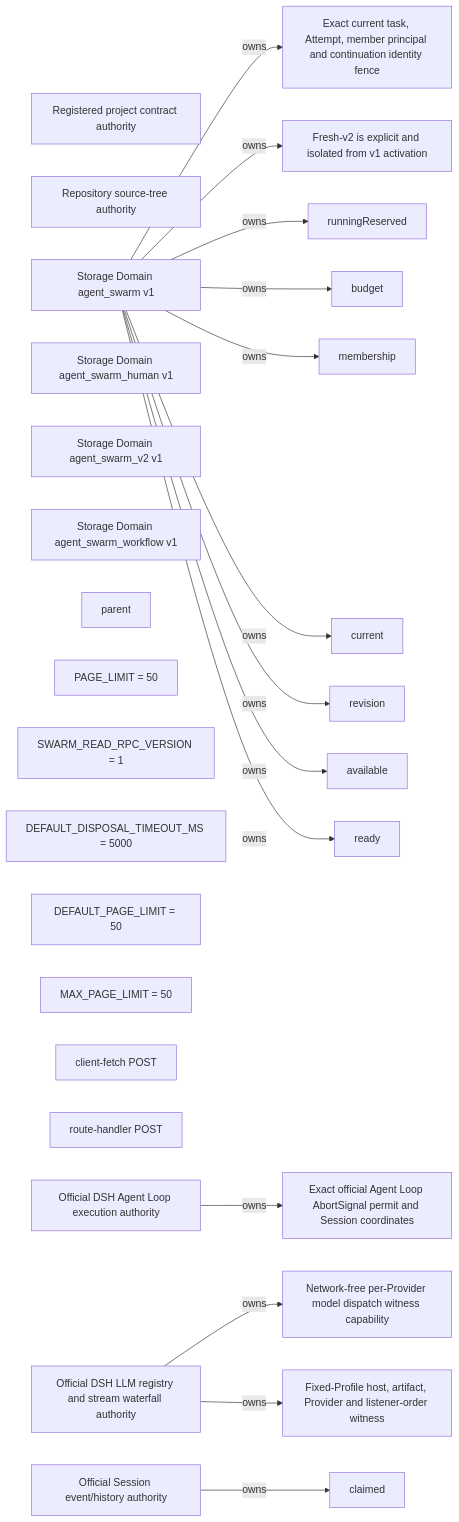
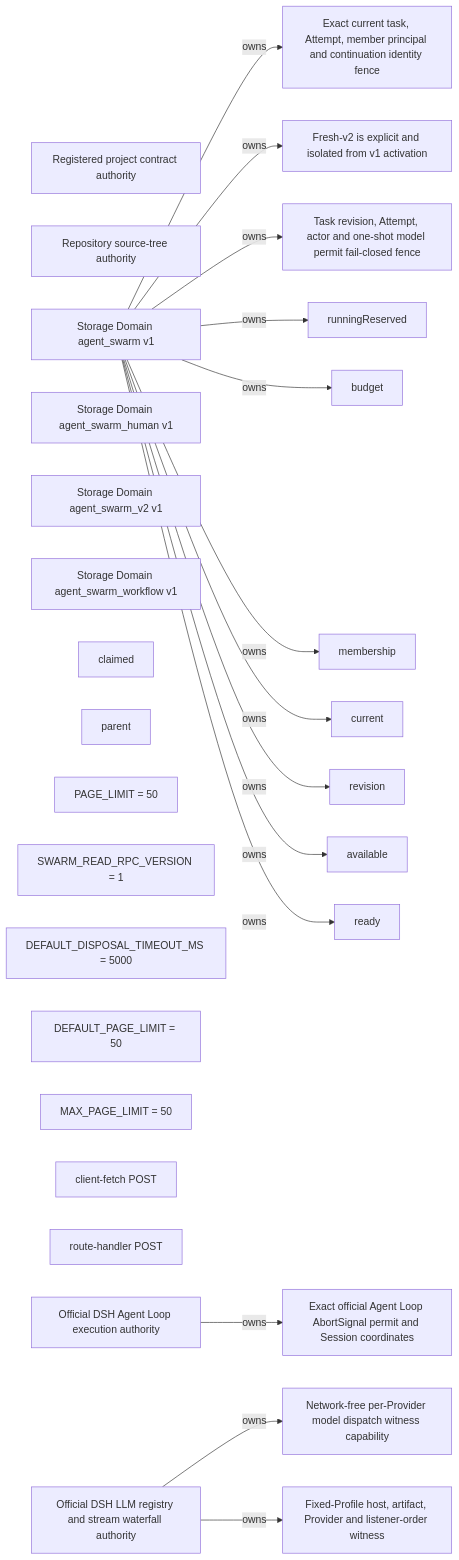
The sixth of 6 diagrams in docs/generated/knowledge-graph/authority-permission.md (leinasi2014/dsh-agent-swarm), drawn with Mermaid before and after one commit. The commit also changed other lines of this file and 38 other files, not shown here.

Commit message:
feat: fence fresh-v2 task control races

````diff
--- a/docs/generated/knowledge-graph/authority-permission.md
+++ b/docs/generated/knowledge-graph/authority-permission.md
@@ -112,46 +112,46 @@
 ```mermaid
 flowchart LR
   n_617574686f726974793a70726f6a6563742d636f6e747261637473["Registered project contract authority"]
   n_617574686f726974793a736f757263652d74726565["Repository source-tree authority"]
   n_6361706162696c6974793a66726573682d76322d6d6f64656c2d64697370617463682d7769746e657373["Network-free per-Provider model dispatch witness capability"]
   n_646f6d61696e3a6167656e742d737761726d["Storage Domain agent_swarm v1"]
   n_646f6d61696e3a6167656e742d737761726d2d68756d616e["Storage Domain agent_swarm_human v1"]
   n_646f6d61696e3a6167656e742d737761726d2d7632["Storage Domain agent_swarm_v2 v1"]
   n_646f6d61696e3a6167656e742d737761726d2d776f726b666c6f77["Storage Domain agent_swarm_workflow v1"]
   n_67756172643a617474656d70742d72756e6e696e672d7265736572766564["runningReserved"]
   n_67756172643a6275646765742d7265736572766174696f6e2d61646d69737369626c65["budget"]
   n_67756172643a6361707461696e2d6f722d73656c662d6d656d62657273686970["membership"]
   n_67756172643a636c61696d65642d6672616d652d6f6e6c792d61636b6e6f776c656467656d656e74["claimed"]
   n_67756172643a65786163742d63757272656e742d617474656d7074["current"]
   n_67756172643a65786163742d7461736b2d7265766973696f6e["revision"]
   n_67756172643a66726573682d76322d636f6e74696e756174696f6e2d65786163742d617474656d7074["Exact current task, Attempt, member principal and continuation identity fence"]
   n_67756172643a66726573682d76322d6578706572696d656e74616c2d61637469766174696f6e["Fresh-v2 is explicit and isolated from v1 activation"]
   n_67756172643a66726573682d76322d66697865642d70726f66696c652d7769746e6573732d6361706162696c697479["Fixed-Profile host, artifact, Provider and listener-order witness"]
   n_67756172643a66726573682d76322d6f6666696369616c2d6167656e742d6c6f6f702d72657175657374["Exact official Agent Loop AbortSignal permit and Session coordinates"]
+  n_67756172643a66726573682d76322d7465726d696e616c2d636f6e74726f6c2d77696e73["Task revision, Attempt, actor and one-shot model permit fail-closed fence"]
   n_67756172643a6d656d6265722d6861732d6e6f2d6f70656e2d776f726b["available"]
   n_67756172643a6f6666696369616c2d6c6976652d6469726563742d706172656e742d61646d697373696f6e["parent"]
   n_67756172643a7270632d626f756e642f7372632f636c69656e742f7465616d2d64617368626f6172642d636f6e74726f6c6c65722e74732f706167655f6c696d6974["PAGE_LIMIT = 50"]
   n_67756172643a7270632d626f756e642f7372632f7270632f726561642d7270632d636f6e74726163742e74732f737761726d5f726561645f7270635f76657273696f6e["SWARM_READ_RPC_VERSION = 1"]
   n_67756172643a7270632d626f756e642f7372632f7270632f726561642d7270632d736572766963652e74732f64656661756c745f646973706f73616c5f74696d656f75745f6d73["DEFAULT_DISPOSAL_TIMEOUT_MS = 5000"]
   n_67756172643a7270632d626f756e642f7372632f7270632f726561642d7270632d736572766963652e74732f64656661756c745f706167655f6c696d6974["DEFAULT_PAGE_LIMIT = 50"]
   n_67756172643a7270632d626f756e642f7372632f7270632f726561642d7270632d736572766963652e74732f6d61785f706167655f6c696d6974["MAX_PAGE_LIMIT = 50"]
   n_67756172643a7270632d687474702f30312d7372632f636c69656e742f726561642d636c69656e742e7473["client-fetch POST"]
   n_67756172643a7270632d687474702f30322d7372632f7270632f726561642d7270632d736572766963652e7473["route-handler POST"]
   n_67756172643a7461736b2d7265616479["ready"]
   n_6f6666696369616c2d617574686f726974793a6167656e742d6c6f6f70["Official DSH Agent Loop execution authority"]
   n_6f6666696369616c2d617574686f726974793a6c6c6d2d72756e74696d65["Official DSH LLM registry and stream waterfall authority"]
-  n_6f6666696369616c2d617574686f726974793a73657373696f6e["Official Session event/history authority"]
   n_646f6d61696e3a6167656e742d737761726d -->|owns| n_67756172643a66726573682d76322d636f6e74696e756174696f6e2d65786163742d617474656d7074
   n_646f6d61696e3a6167656e742d737761726d -->|owns| n_67756172643a66726573682d76322d6578706572696d656e74616c2d61637469766174696f6e
+  n_646f6d61696e3a6167656e742d737761726d -->|owns| n_67756172643a66726573682d76322d7465726d696e616c2d636f6e74726f6c2d77696e73
   n_6f6666696369616c2d617574686f726974793a6c6c6d2d72756e74696d65 -->|owns| n_6361706162696c6974793a66726573682d76322d6d6f64656c2d64697370617463682d7769746e657373
   n_6f6666696369616c2d617574686f726974793a6c6c6d2d72756e74696d65 -->|owns| n_67756172643a66726573682d76322d66697865642d70726f66696c652d7769746e6573732d6361706162696c697479
   n_6f6666696369616c2d617574686f726974793a6167656e742d6c6f6f70 -->|owns| n_67756172643a66726573682d76322d6f6666696369616c2d6167656e742d6c6f6f702d72657175657374
   n_646f6d61696e3a6167656e742d737761726d -->|owns| n_67756172643a617474656d70742d72756e6e696e672d7265736572766564
   n_646f6d61696e3a6167656e742d737761726d -->|owns| n_67756172643a6275646765742d7265736572766174696f6e2d61646d69737369626c65
   n_646f6d61696e3a6167656e742d737761726d -->|owns| n_67756172643a6361707461696e2d6f722d73656c662d6d656d62657273686970
-  n_6f6666696369616c2d617574686f726974793a73657373696f6e -->|owns| n_67756172643a636c61696d65642d6672616d652d6f6e6c792d61636b6e6f776c656467656d656e74
   n_646f6d61696e3a6167656e742d737761726d -->|owns| n_67756172643a65786163742d63757272656e742d617474656d7074
   n_646f6d61696e3a6167656e742d737761726d -->|owns| n_67756172643a65786163742d7461736b2d7265766973696f6e
   n_646f6d61696e3a6167656e742d737761726d -->|owns| n_67756172643a6d656d6265722d6861732d6e6f2d6f70656e2d776f726b
   n_646f6d61696e3a6167656e742d737761726d -->|owns| n_67756172643a7461736b2d7265616479
 ```
````
